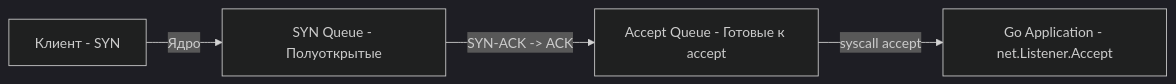
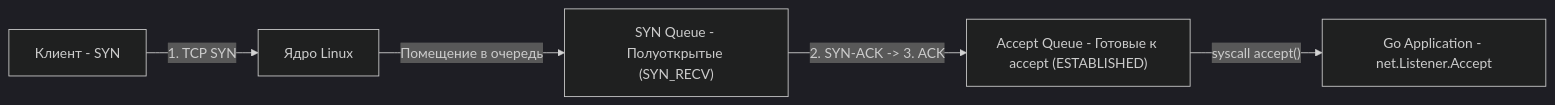
The first of 3 diagrams in sources/19. Инфраструктура. Linux, nginx, Docker, Kubernetes/01. Linux/6. Networking в Linux.md (UnrealTemplier/go-textbook), drawn with Mermaid (dark theme) before and after one commit. The commit also changed other lines of this file, not shown here.

Commit message:
feat(module-19): editorial rewrite of 01.6 Networking in Linux in Kernighan style

````diff
--- a/sources/19. Инфраструктура. Linux, nginx, Docker, Kubernetes/01. Linux/6. Networking в Linux.md
+++ b/sources/19. Инфраструктура. Linux, nginx, Docker, Kubernetes/01. Linux/6. Networking в Linux.md
@@ -18,6 +24,7 @@
 ```mermaid
 flowchart LR
-    A["Клиент - SYN"] -->|"Ядро"| B["SYN Queue - Полуоткрытые"]
-    B -->|"SYN-ACK -> ACK"| C["Accept Queue - Готовые к accept"]
-    C -->|"syscall accept"| D["Go Application - net.Listener.Accept"]
+    Client["Клиент - SYN"] -->|"1. TCP SYN"| Kernel["Ядро Linux"]
+    Kernel -->|"Помещение в очередь"| SynQ["SYN Queue - Полуоткрытые (SYN_RECV)"]
+    SynQ -->|"2. SYN-ACK -> 3. ACK"| AcceptQ["Accept Queue - Готовые к accept (ESTABLISHED)"]
+    AcceptQ -->|"syscall accept()"| App["Go Application - net.Listener.Accept"]
 ```
````
